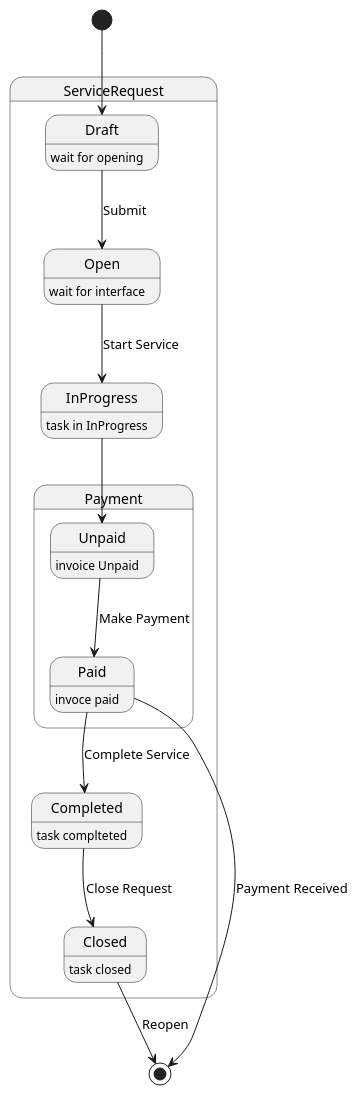
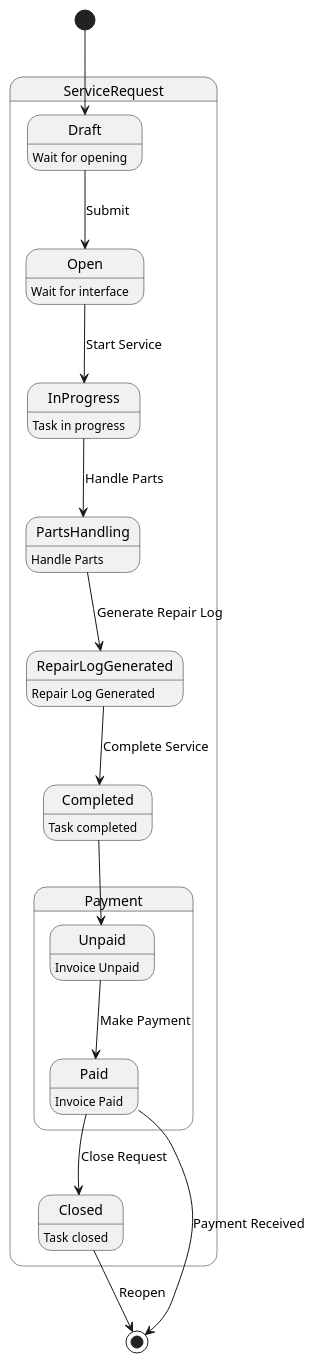
Before and after one commit to Fluorky/Computer-Service-Django-Api: the diagram in umlDiagrams/computer_service_state_diagram.plantuml, drawn with PlantUML. The commit also changed 4 other files, not shown here.

Commit message:
Update PoC plantuml diagrams

```diff
--- a/umlDiagrams/computer_service_state_diagram.plantuml
+++ b/umlDiagrams/computer_service_state_diagram.plantuml
@@ -1,31 +1,30 @@
 @startuml
 
-
-state ServiceRequest{
-state Draft : wait for opening
-state Open : wait for interface 
-state Payment{
-  Unpaid: invoice Unpaid
-  Paid : invoce paid
+state ServiceRequest {
+  state Draft : Wait for opening
+  state Open : Wait for interface 
+  state Payment {
+    Unpaid: Invoice Unpaid
+    Paid : Invoice Paid
+  }
+  state InProgress : Task in progress
+  state PartsHandling : Handle Parts
+  state RepairLogGenerated : Repair Log Generated
+  state Completed : Task completed
+  state Closed : Task closed
 }
-state InProgress : task in InProgress
-state Completed : task complteted
-state Closed : task closed
-  
-}
-
 
 [*] --> Draft
 Draft --> Open: Submit
-Open -->  InProgress: Start Service
-InProgress --> Unpaid
-Paid --> Completed: Complete Service
-Completed --> Closed: Close Request
+Open --> InProgress: Start Service
+InProgress --> PartsHandling: Handle Parts
+PartsHandling --> RepairLogGenerated: Generate Repair Log
+RepairLogGenerated --> Completed: Complete Service
+Completed --> Unpaid
+Paid --> Closed: Close Request
 Closed --> [*]: Reopen
-
 
 Unpaid --> Paid: Make Payment
 Paid --> [*]: Payment Received
 
-
 @enduml
```
